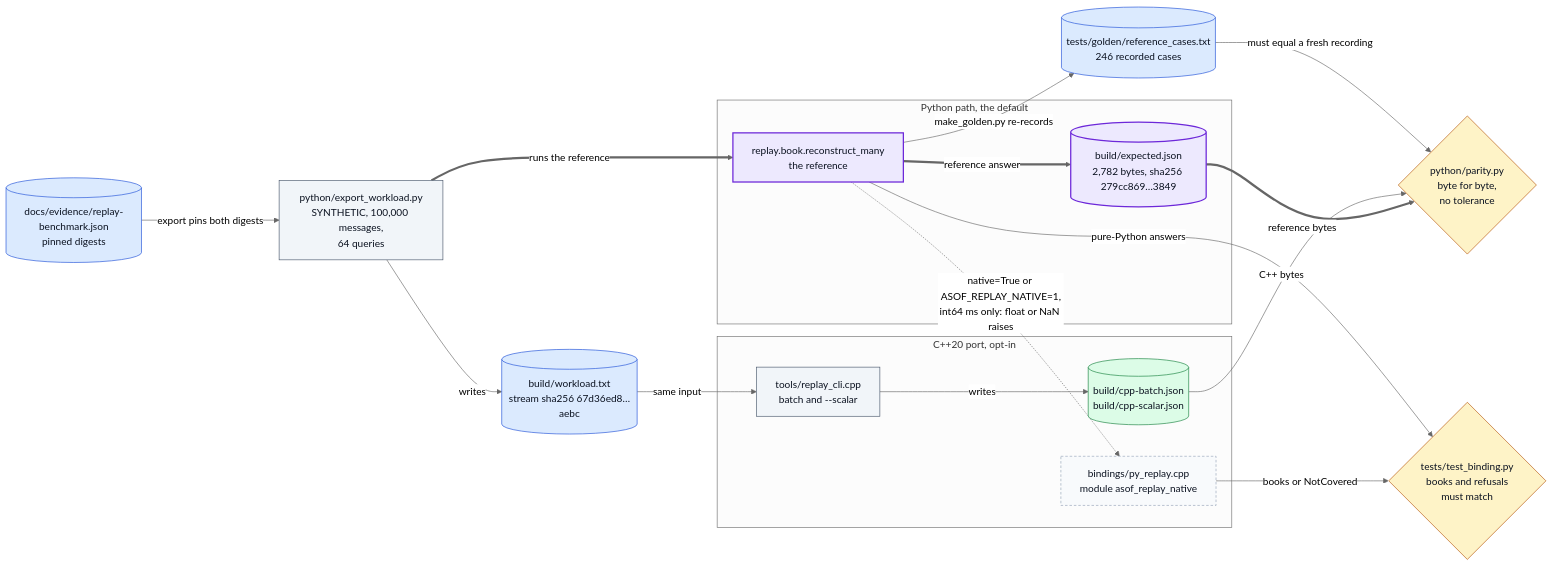
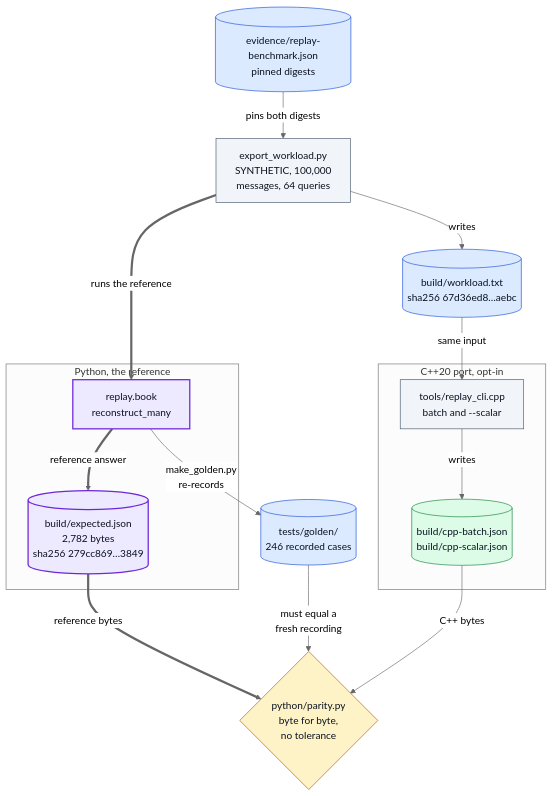
The sixth of 9 diagrams in docs/DIAGRAMS.md (oscar-chw/agentic-quant-research), drawn with Mermaid (neutral theme) before and after one commit. The commit also changed other lines of this file and 9 other files, not shown here.

Commit message:
docs: make diagrams legible at README width

````diff
--- a/docs/DIAGRAMS.md
+++ b/docs/DIAGRAMS.md
@@ -269,45 +258,39 @@
 ```mermaid
-flowchart LR
-    EVID[("docs/evidence/replay-benchmark.json<br/>pinned digests")]
-    GEN["python/export_workload.py<br/>SYNTHETIC, 100,000 messages,<br/>64 queries"]
-    WL[("build/workload.txt<br/>stream sha256 67d36ed8…aebc")]
-    subgraph PY["Python path, the default"]
-        PYB["replay.book.reconstruct_many<br/>the reference"]
-        EXP[("build/expected.json<br/>2,782 bytes, sha256 279cc869…3849")]
+flowchart TB
+    EVID[("evidence/replay-benchmark.json<br/>pinned digests")]
+    GEN["export_workload.py<br/>SYNTHETIC, 100,000<br/>messages, 64 queries"]
+    WL[("build/workload.txt<br/>sha256 67d36ed8…aebc")]
+    subgraph PY["Python, the reference"]
+        PYB["replay.book<br/>reconstruct_many"]
+        EXP[("build/expected.json<br/>2,782 bytes<br/>sha256 279cc869…3849")]
     end
     subgraph CPP["C++20 port, opt-in"]
         CLI["tools/replay_cli.cpp<br/>batch and --scalar"]
         OUTC[("build/cpp-batch.json<br/>build/cpp-scalar.json")]
-        EXT["bindings/py_replay.cpp<br/>module asof_replay_native"]
     end
+    GOLD[("tests/golden/<br/>246 recorded cases")]
     PAR{"python/parity.py<br/>byte for byte,<br/>no tolerance"}
-    GOLD[("tests/golden/reference_cases.txt<br/>246 recorded cases")]
-    TB{"tests/test_binding.py<br/>books and refusals<br/>must match"}
 
-    EVID -->|"export pins both digests"| GEN
+    EVID -->|"pins both digests"| GEN
+    GEN ==>|"runs the reference"| PYB
     GEN -->|"writes"| WL
-    GEN ==>|"runs the reference"| PYB
     PYB ==>|"reference answer"| EXP
     WL -->|"same input"| CLI
     CLI -->|"writes"| OUTC
+    PYB -->|"make_golden.py<br/>re-records"| GOLD
     EXP ==>|"reference bytes"| PAR
     OUTC -->|"C++ bytes"| PAR
-    PYB -->|"make_golden.py re-records"| GOLD
-    GOLD -->|"must equal a fresh recording"| PAR
-    PYB -.->|"native=True or ASOF_REPLAY_NATIVE=1,<br/>int64 ms only: float or NaN raises"| EXT
-    EXT -->|"books or NotCovered"| TB
-    PYB -->|"pure-Python answers"| TB
+    GOLD -->|"must equal a<br/>fresh recording"| PAR
 
     classDef data fill:#dbeafe,stroke:#1d4ed8,color:#0b1220
     classDef step fill:#f1f5f9,stroke:#475569,color:#0b1220
     classDef gate fill:#fef3c7,stroke:#b45309,color:#0b1220
     classDef out  fill:#dcfce7,stroke:#15803d,color:#0b1220
     classDef ext  fill:#f8fafc,stroke:#94a3b8,color:#0b1220,stroke-dasharray:4 3
     classDef key  fill:#ede9fe,stroke:#6d28d9,color:#0b1220,stroke-width:2px
     class EVID,WL,GOLD data
     class GEN,CLI step
-    class PAR,TB gate
+    class PAR gate
     class OUTC out
-    class EXT ext
     class PYB,EXP key
 ```
````
